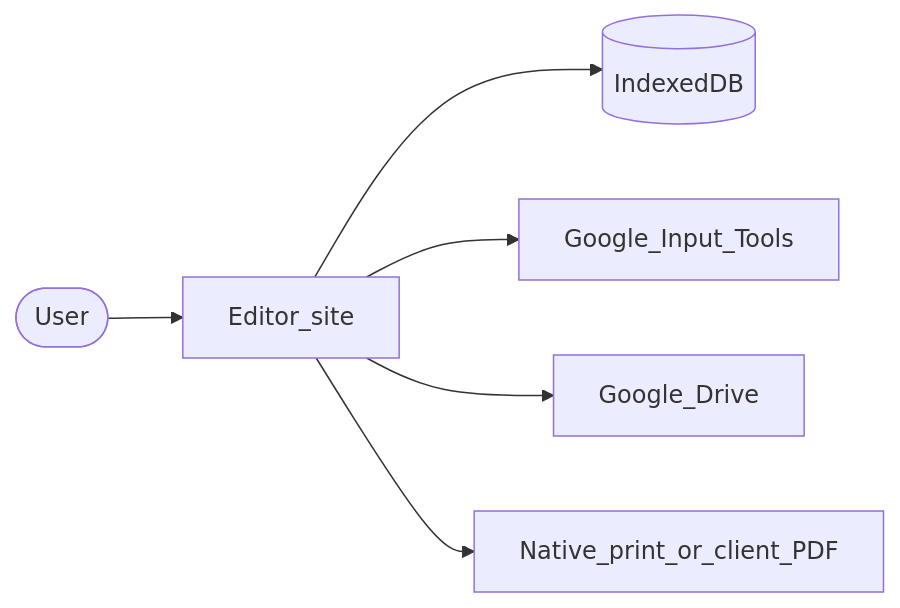
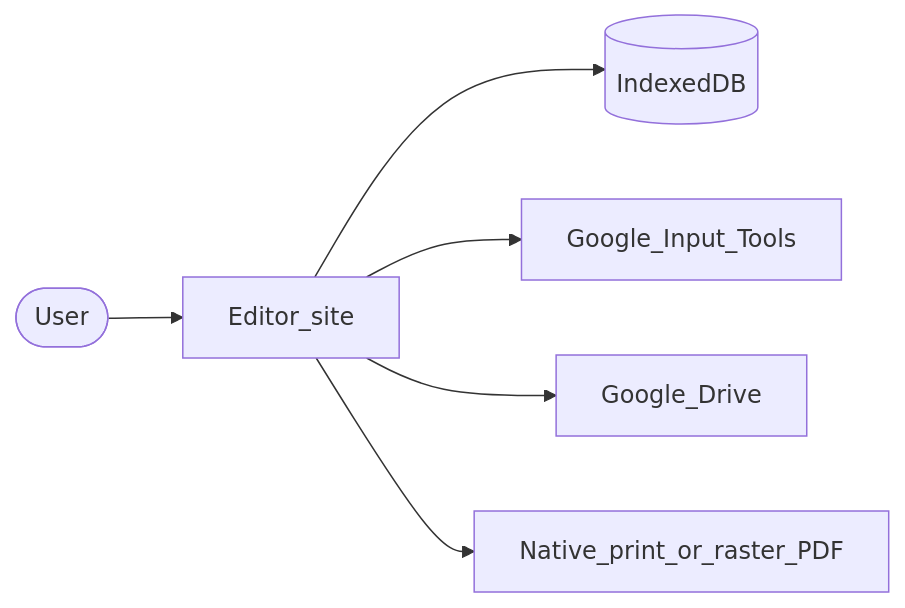
One commit to arverma/Bihar-Police-Notebook changed the first of 2 diagrams in docs/architecture.md. Above: the diagram before and after it, drawn with Mermaid. The commit also changed other lines of this file and 29 other files, not shown here.

````diff
--- a/docs/architecture.md
+++ b/docs/architecture.md
@@ -9,15 +9,15 @@
 ```mermaid
 flowchart LR
   User([User])
   Editor[Editor_site]
   IDB[(IndexedDB)]
   GIT[Google_Input_Tools]
   Drive[Google_Drive]
-  Print[Native_print_or_client_PDF]
+  Print[Native_print_or_raster_PDF]
 
   User --> Editor
   Editor --> IDB
   Editor --> GIT
   Editor --> Drive
   Editor --> Print
 ```
````
